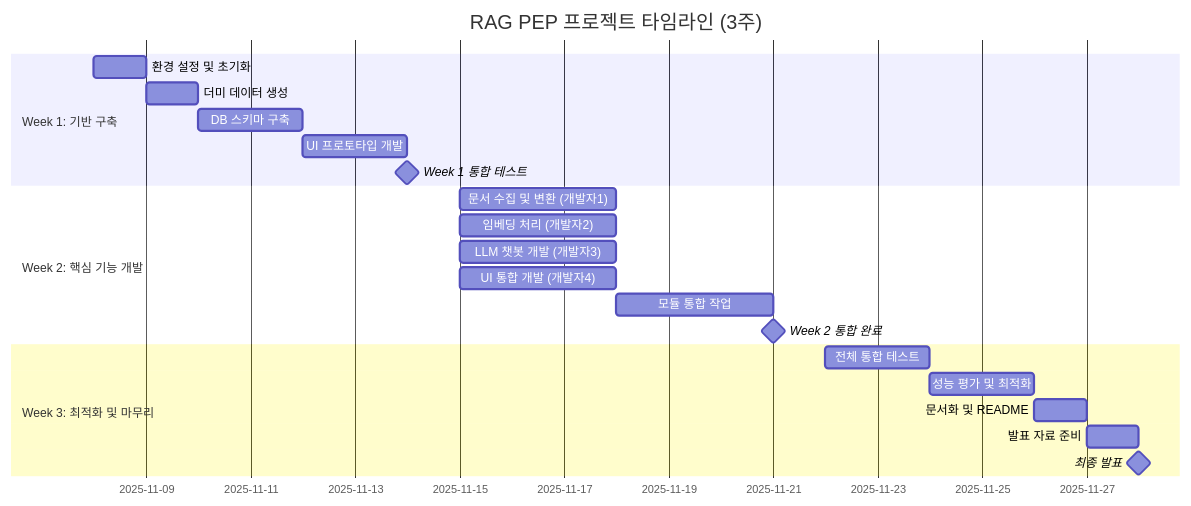
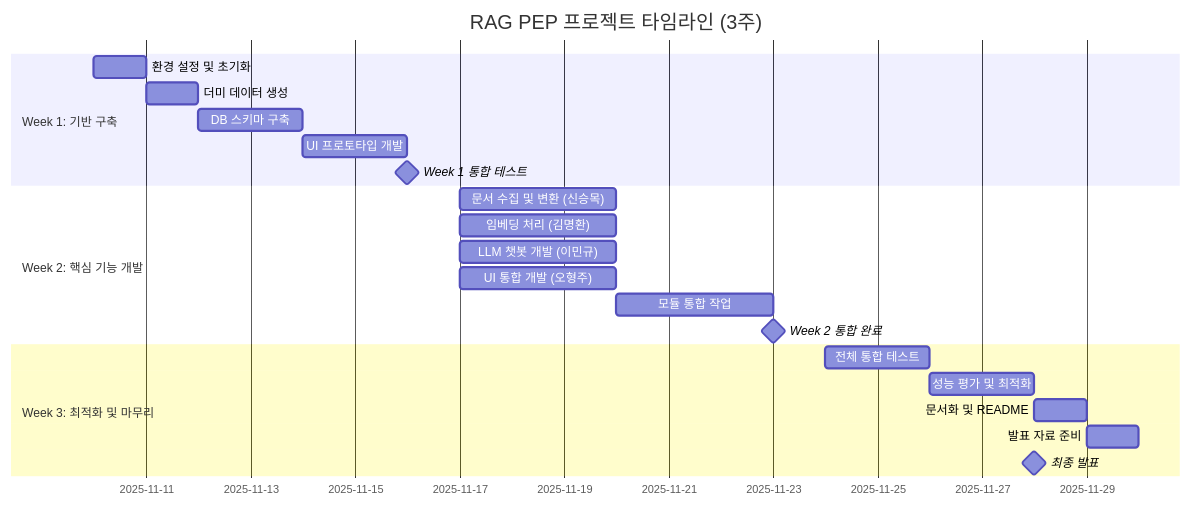
The eighth of 8 diagrams in docs/doc/RAG_PEP_프로젝트_가이드.md (c0z0c/codeit_ai_g2b_search), drawn with Mermaid before and after one commit. The commit also changed other lines of this file and 14 other files, not shown here.

````diff
--- a/docs/doc/RAG_PEP_프로젝트_가이드.md
+++ b/docs/doc/RAG_PEP_프로젝트_가이드.md
@@ -1578,27 +1578,27 @@
 ```mermaid
 gantt
     title RAG PEP 프로젝트 타임라인 (3주)
     dateFormat  YYYY-MM-DD
-    
+
     section Week 1: 기반 구축
-    환경 설정 및 초기화        :w1d1, 2025-11-08, 1d
+    환경 설정 및 초기화        :w1d1, 2025-11-10, 1d
     더미 데이터 생성           :w1d2, after w1d1, 1d
     DB 스키마 구축             :w1d3, after w1d2, 2d
     UI 프로토타입 개발         :w1d4, after w1d3, 2d
     Week 1 통합 테스트         :milestone, m1, after w1d4, 0d
-    
+
     section Week 2: 핵심 기능 개발
-    문서 수집 및 변환 (개발자1) :w2d1, 2025-11-15, 3d
-    임베딩 처리 (개발자2)       :w2d2, 2025-11-15, 3d
-    LLM 챗봇 개발 (개발자3)     :w2d3, 2025-11-15, 3d
-    UI 통합 개발 (개발자4)      :w2d4, 2025-11-15, 3d
+    문서 수집 및 변환 (신승목) :w2d1, 2025-11-17, 3d
+    임베딩 처리 (김명환)       :w2d2, 2025-11-17, 3d
+    LLM 챗봇 개발 (이민규)     :w2d3, 2025-11-17, 3d
+    UI 통합 개발 (오형주)      :w2d4, 2025-11-17, 3d
     모듈 통합 작업              :w2d5, after w2d1, 3d
     Week 2 통합 완료            :milestone, m2, after w2d5, 0d
-    
+
     section Week 3: 최적화 및 마무리
-    전체 통합 테스트           :w3d1, 2025-11-22, 2d
+    전체 통합 테스트           :w3d1, 2025-11-24, 2d
     성능 평가 및 최적화        :w3d2, after w3d1, 2d
     문서화 및 README           :w3d3, after w3d2, 1d
     발표 자료 준비             :w3d4, after w3d3, 1d
     최종 발표                  :milestone, m3, 2025-11-28, 0d
 ```
````
